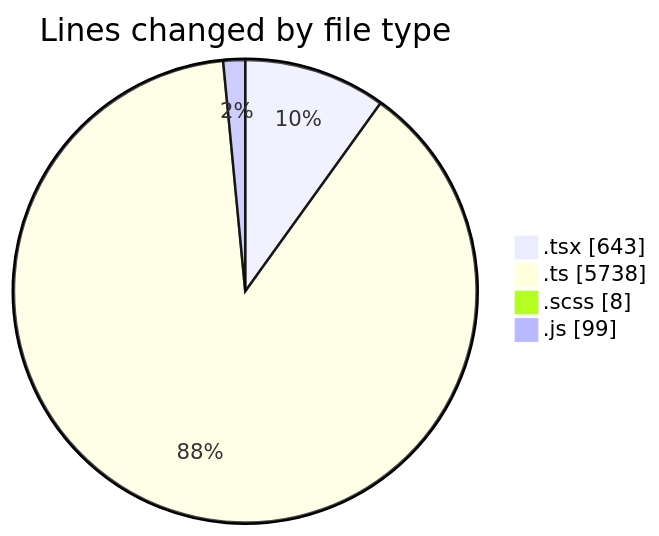
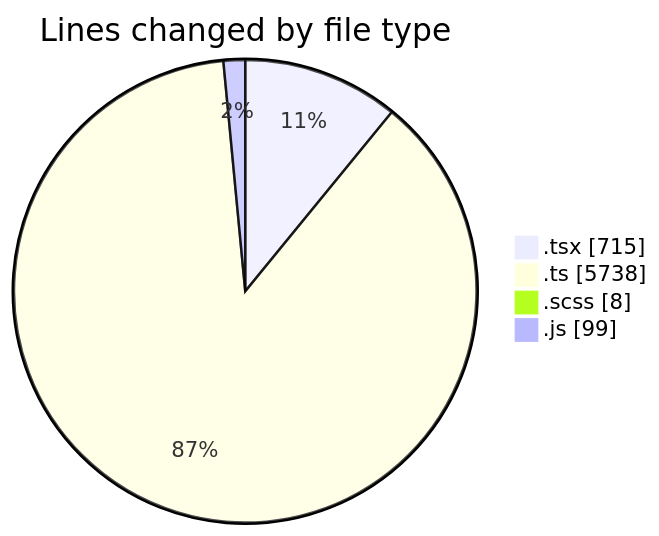
The first of 2 diagrams in 2025-03-26/cda/README.md (momahboobian/code-tracking), drawn with Mermaid before and after one commit. The commit also changed other lines of this file and 1 other file, not shown here.

````diff
--- a/2025-03-26/cda/README.md
+++ b/2025-03-26/cda/README.md
@@ -35,8 +36,8 @@
 ```mermaid
 pie showData
 title Lines changed by file type
-".tsx" : 643
+".tsx" : 715
 ".ts" : 5738
 ".scss" : 8
 ".js" : 99
 ```
````
